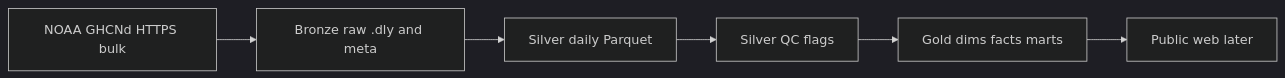
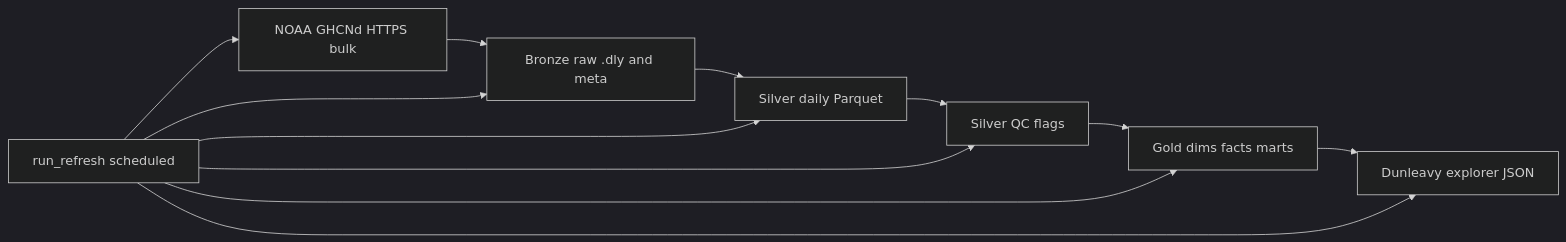
One commit to seandunleavy/ClimateRecordPlatform changed the first of 2 diagrams in docs/ARCHITECTURE.md. Above: the diagram before and after it, drawn with Mermaid (dark theme). The commit also changed other lines of this file and 16 other files, not shown here.

````diff
--- a/docs/ARCHITECTURE.md
+++ b/docs/ARCHITECTURE.md
@@ -9,15 +9,22 @@
 ```mermaid
 flowchart LR
   NOAA[NOAA GHCNd HTTPS bulk]
   Bronze[Bronze raw .dly and meta]
   Silver[Silver daily Parquet]
   QC[Silver QC flags]
   Gold[Gold dims facts marts]
-  Web[Public web later]
+  Web[Dunleavy explorer JSON]
+  Sched[run_refresh scheduled]
 
   NOAA --> Bronze
   Bronze --> Silver
   Silver --> QC
   QC --> Gold
   Gold --> Web
+  Sched --> NOAA
+  Sched --> Bronze
+  Sched --> Silver
+  Sched --> QC
+  Sched --> Gold
+  Sched --> Web
 ```
````
